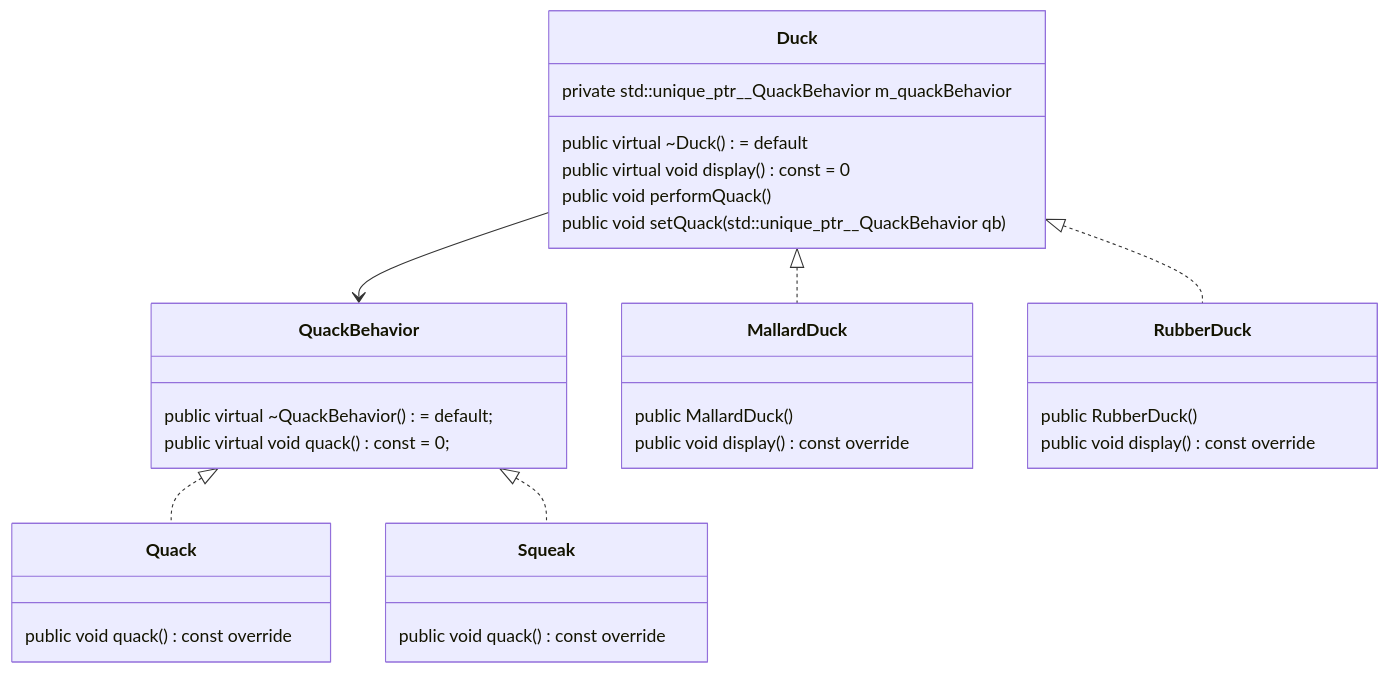
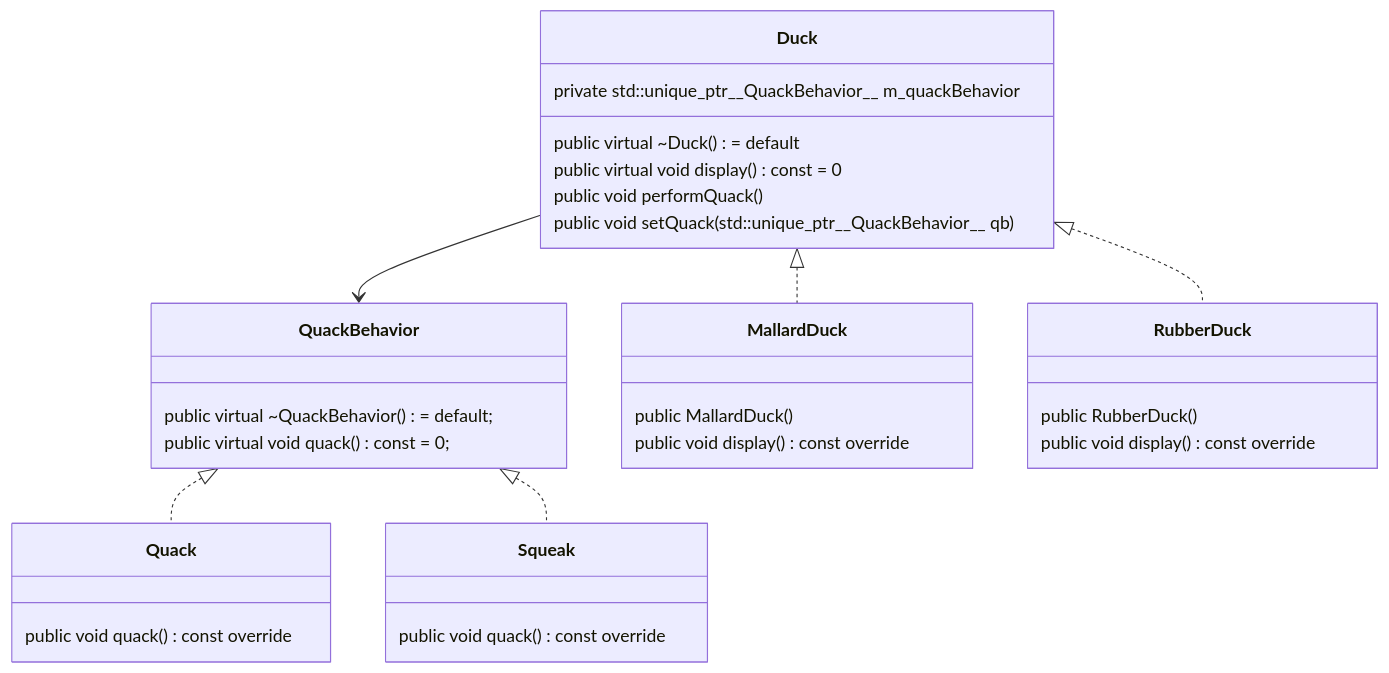
One commit to rngoodner/design-patterns changed the first of 2 diagrams in README.md. Above: the diagram before and after it, drawn with Mermaid.

Commit message:
update readme template param style

````diff
--- a/README.md
+++ b/README.md
@@ -12,42 +12,42 @@
 ```mermaid
 classDiagram
 
 class QuackBehavior {
     public virtual ~QuackBehavior() = default;
     public virtual void quack() const = 0;
 }
 
 class Quack {
     public void quack() const override
 }
 
 class Squeak {
     public void quack() const override
 }
 
 class Duck {
     public virtual ~Duck() = default
     public virtual void display() const = 0
 
     public void performQuack()
-    public void setQuack(std::unique_ptr__QuackBehavior qb)
+    public void setQuack(std::unique_ptr__QuackBehavior__ qb)
 
-    private std::unique_ptr__QuackBehavior m_quackBehavior
+    private std::unique_ptr__QuackBehavior__ m_quackBehavior
 }
 
 class MallardDuck {
     public MallardDuck()
     public void display() const override
 }
 
 class RubberDuck {
     public RubberDuck()
     public void display() const override
 }
 
 Duck <|.. RubberDuck
 Duck <|.. MallardDuck
 Duck --> QuackBehavior
 QuackBehavior <|.. Quack
 QuackBehavior <|.. Squeak
 ```
````
